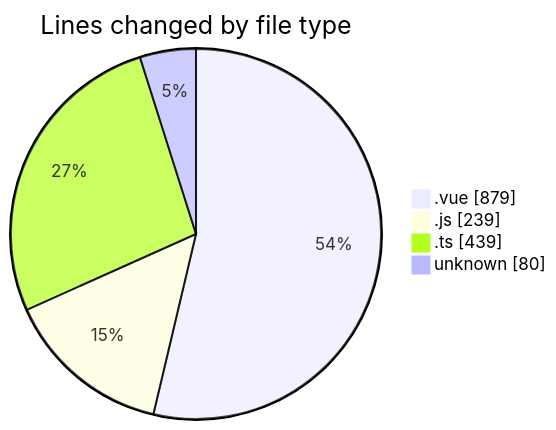
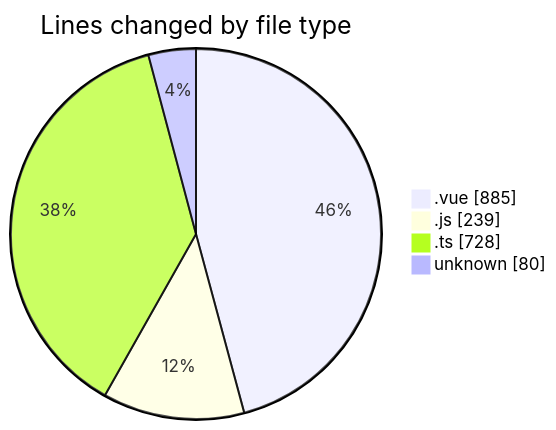
Before and after one commit to lephambinh05/code-tracking: the first of 2 diagrams in 2025-08-11/rentotp/README.md, drawn with Mermaid. The commit also changed other lines of this file and 1 other file, not shown here.

````diff
--- a/2025-08-11/rentotp/README.md
+++ b/2025-08-11/rentotp/README.md
@@ -32,8 +34,8 @@
 ```mermaid
 pie showData
 title Lines changed by file type
-".vue" : 879
+".vue" : 885
 ".js" : 239
-".ts" : 439
+".ts" : 728
 "unknown" : 80
 ```
````
